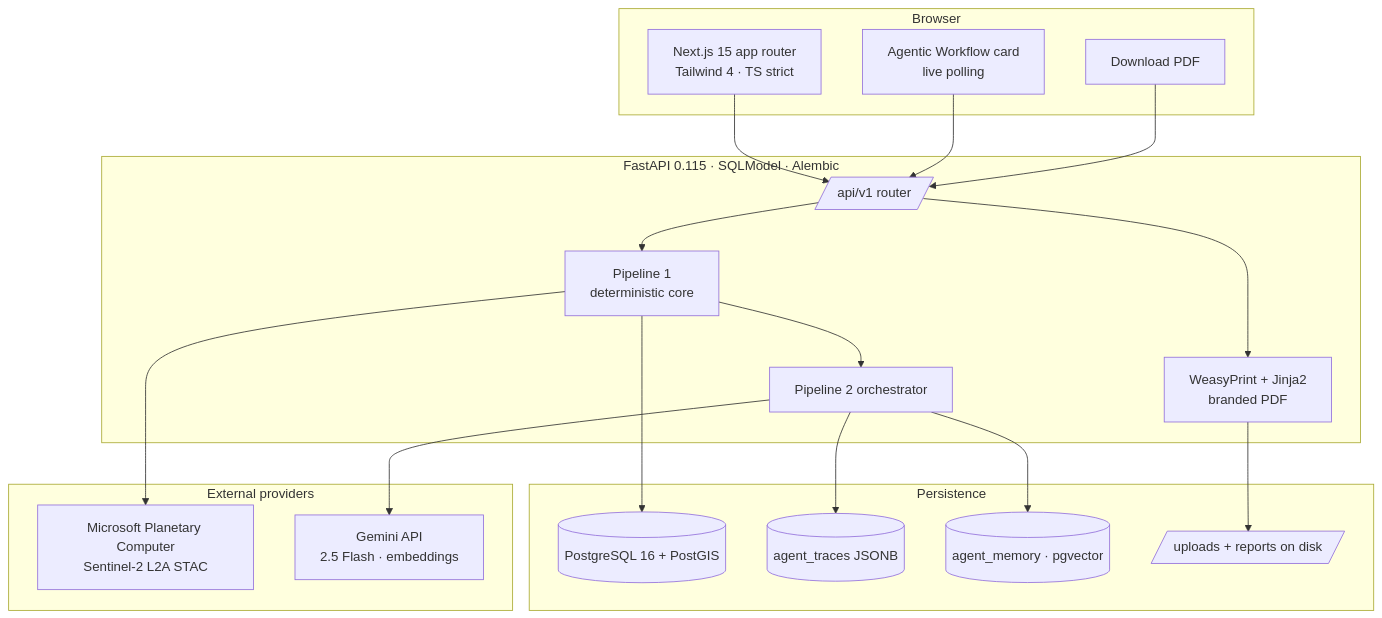
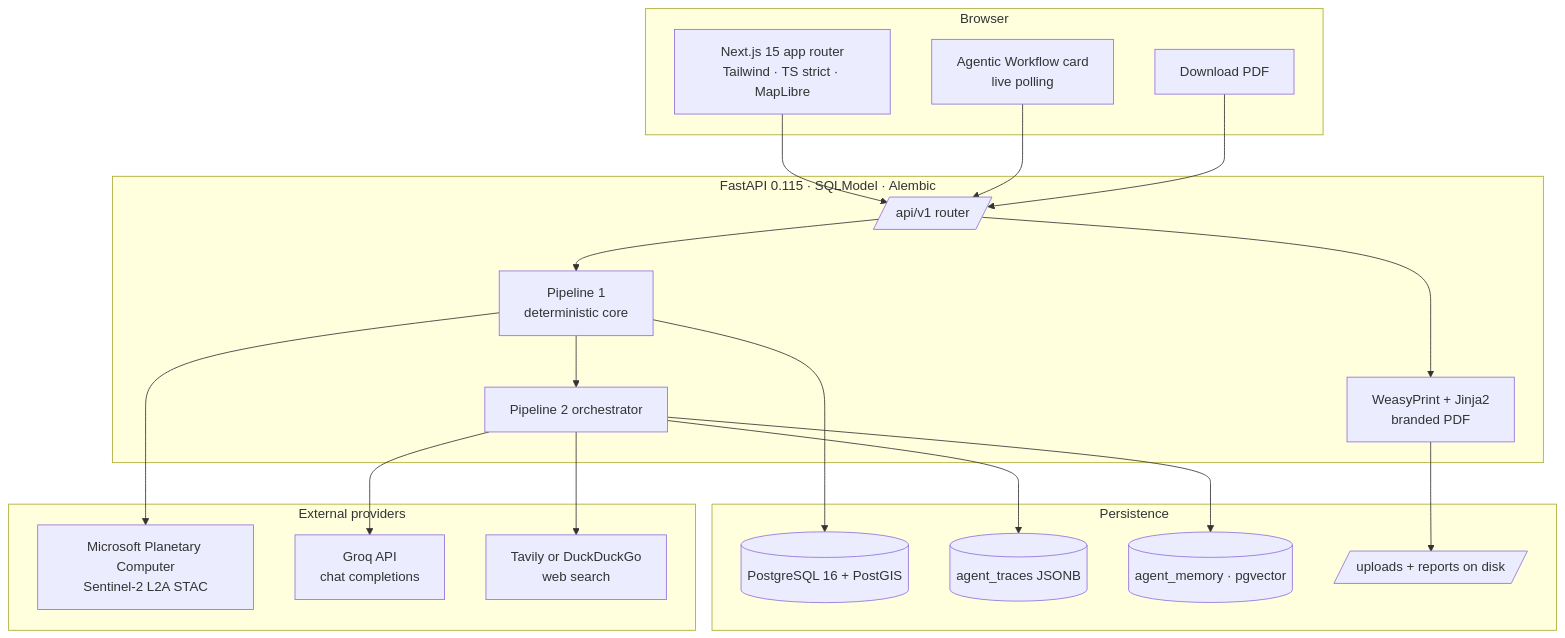
The second of 2 diagrams in README.md (hasnainaliasghar/AquaLinks), drawn with Mermaid before and after one commit. The commit also changed other lines of this file, not shown here.

First line of the commit message:
Replace 'Gemini' with 'Groq' and update descriptions

````diff
--- a/README.md
+++ b/README.md
@@ -114,40 +137,42 @@
 ```mermaid
 flowchart TB
     subgraph Client[Browser]
-        UI[Next.js 15 app router<br/>Tailwind 4 · TS strict]
+        UI[Next.js 15 app router<br/>Tailwind · TS strict · MapLibre]
         TRACE[Agentic Workflow card<br/>live polling]
         PDFBTN[Download PDF]
     end
 
     subgraph Backend[FastAPI 0.115 · SQLModel · Alembic]
         API[/api/v1 router/]
         PIPE[Pipeline 1<br/>deterministic core]
         ORCH[Pipeline 2 orchestrator]
         REPORT[WeasyPrint + Jinja2<br/>branded PDF]
     end
 
     subgraph Data[Persistence]
         PG[(PostgreSQL 16 + PostGIS)]
         TR[(agent_traces JSONB)]
         MEM[(agent_memory · pgvector)]
         DISK[/uploads + reports on disk/]
     end
 
     subgraph External[External providers]
         STAC[Microsoft Planetary Computer<br/>Sentinel-2 L2A STAC]
-        GEMINI[Gemini API<br/>2.5 Flash · embeddings]
+        GROQ[Groq API<br/>chat completions]
+        WEB[Tavily or DuckDuckGo<br/>web search]
     end
 
     UI --> API
     TRACE --> API
     PDFBTN --> API
     API --> PIPE
     PIPE --> ORCH
     PIPE --> PG
     ORCH --> TR
     ORCH --> MEM
     PIPE --> STAC
-    ORCH --> GEMINI
+    ORCH --> GROQ
+    ORCH --> WEB
     API --> REPORT
     REPORT --> DISK
 ```
````
